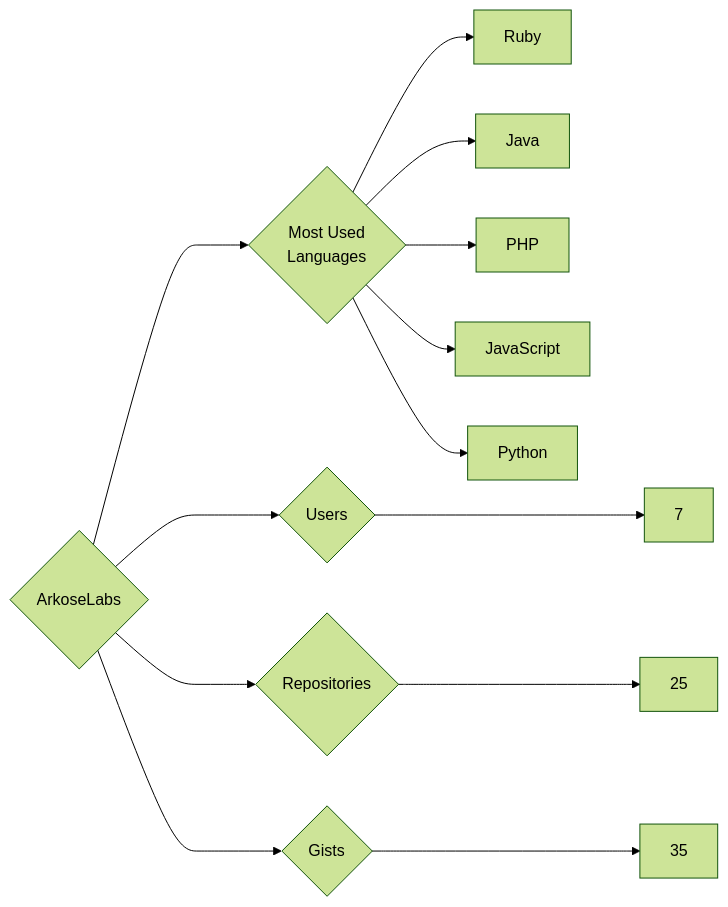
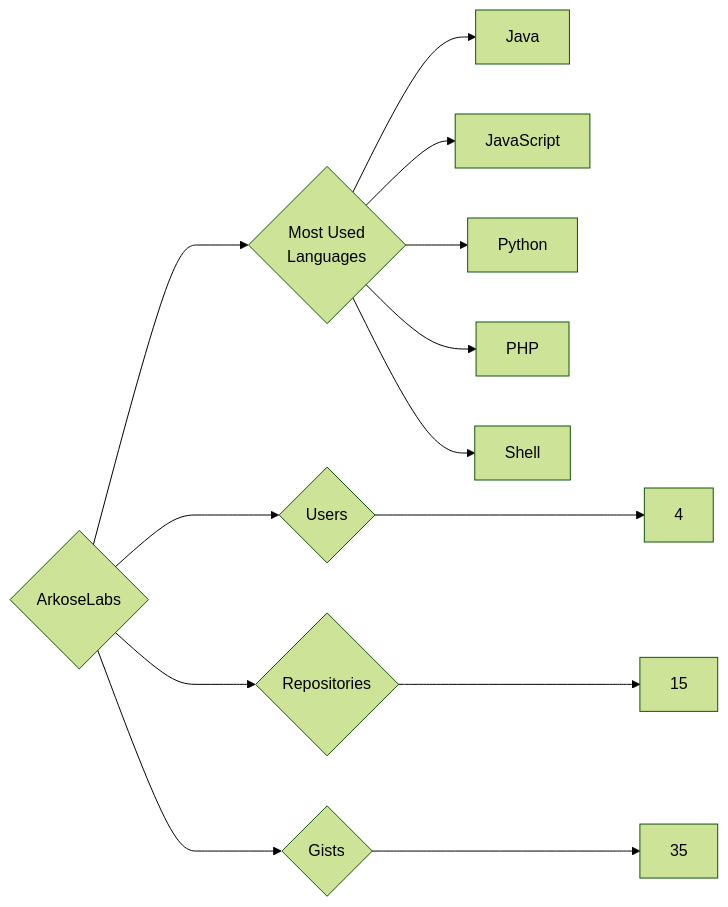
The diagram in targets/ArkoseLabs/README.md (trickest/insiders), drawn with Mermaid (forest theme) before and after one commit. The commit also changed 840 other files, not shown here.

````diff
--- a/targets/ArkoseLabs/README.md
+++ b/targets/ArkoseLabs/README.md
@@ -3,13 +3,13 @@
 ```mermaid
 graph LR
 COMPANY_NAME{ArkoseLabs}
-COMPANY_NAME ---> U{Users} ---> UN[7]
-COMPANY_NAME ---> R{Repositories} ---> RN[25]
+COMPANY_NAME ---> U{Users} ---> UN[4]
+COMPANY_NAME ---> R{Repositories} ---> RN[15]
 COMPANY_NAME ---> G{Gists} ---> GN[35]
 COMPANY_NAME ---> ML{Most Used<br>Languages}
-ML --> Ruby[Ruby]
 ML --> Java[Java]
-ML --> PHP[PHP]
 ML --> JavaScript[JavaScript]
 ML --> Python[Python]
+ML --> PHP[PHP]
+ML --> Shell[Shell]
 ```
````
